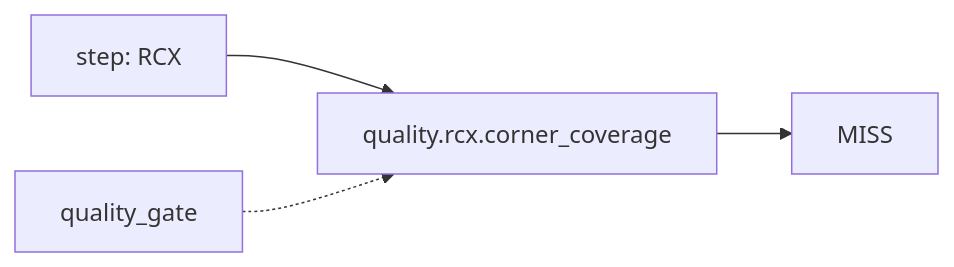
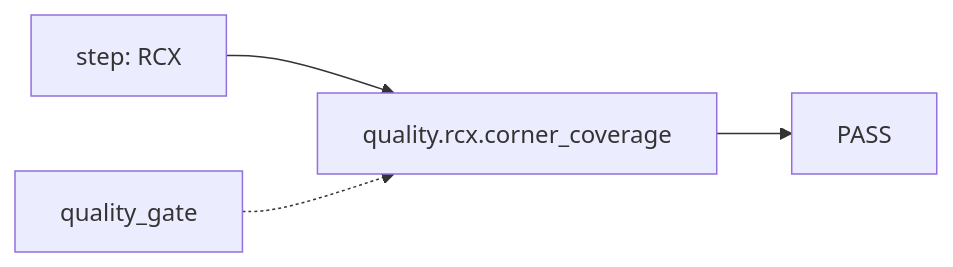
Diagram 13 of 56 in .github/signoff-board/signoff-kanban.md (openecos-projects/ecc), drawn with Mermaid before and after one commit. The commit also changed other lines of this file and 1 other file, not shown here.

````diff
--- a/.github/signoff-board/signoff-kanban.md
+++ b/.github/signoff-board/signoff-kanban.md
@@ -418,6 +428,6 @@
 ```mermaid
 flowchart LR
   step_quality_rcx_corner_coverage["step: RCX"] --> metric_quality_rcx_corner_coverage["quality.rcx.corner_coverage"]
-  metric_quality_rcx_corner_coverage --> state_quality_rcx_corner_coverage["MISS"]
+  metric_quality_rcx_corner_coverage --> state_quality_rcx_corner_coverage["PASS"]
   cat_quality_rcx_corner_coverage["quality_gate"] -.-> metric_quality_rcx_corner_coverage
 ```
````
